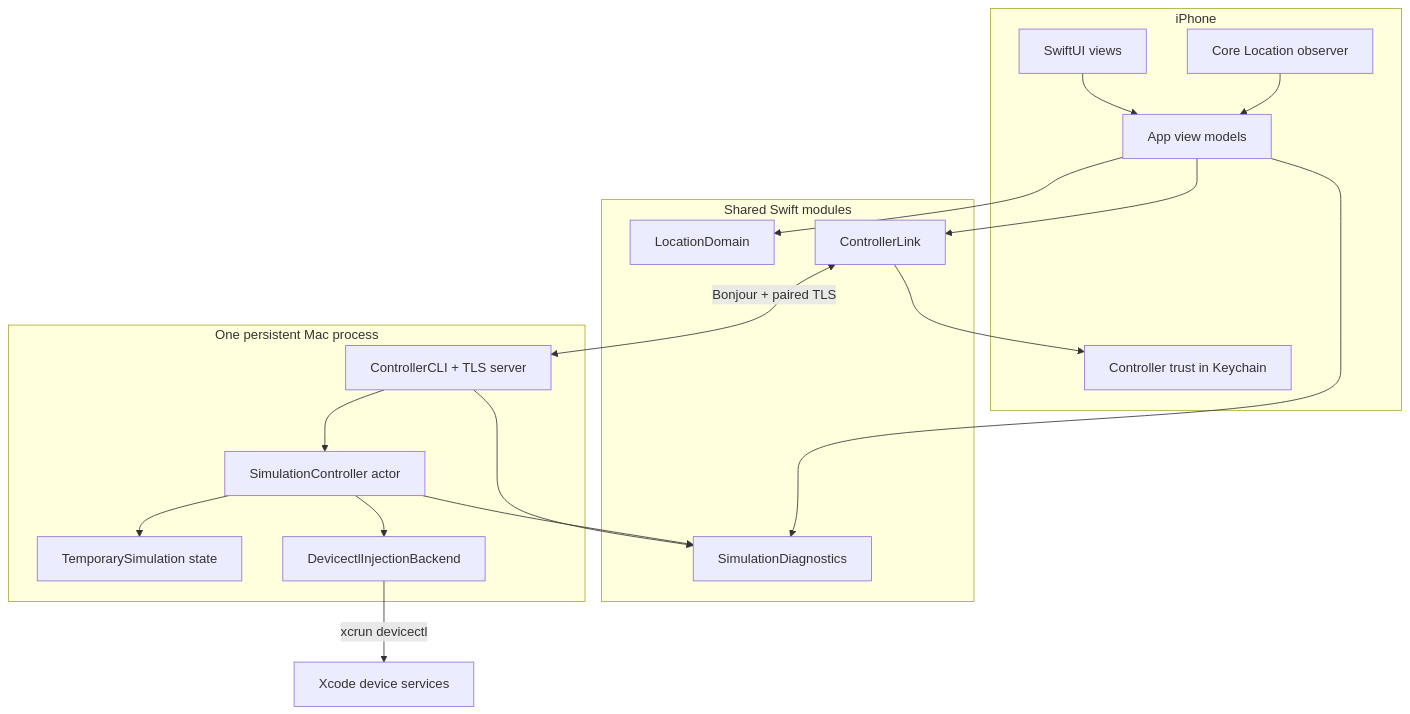
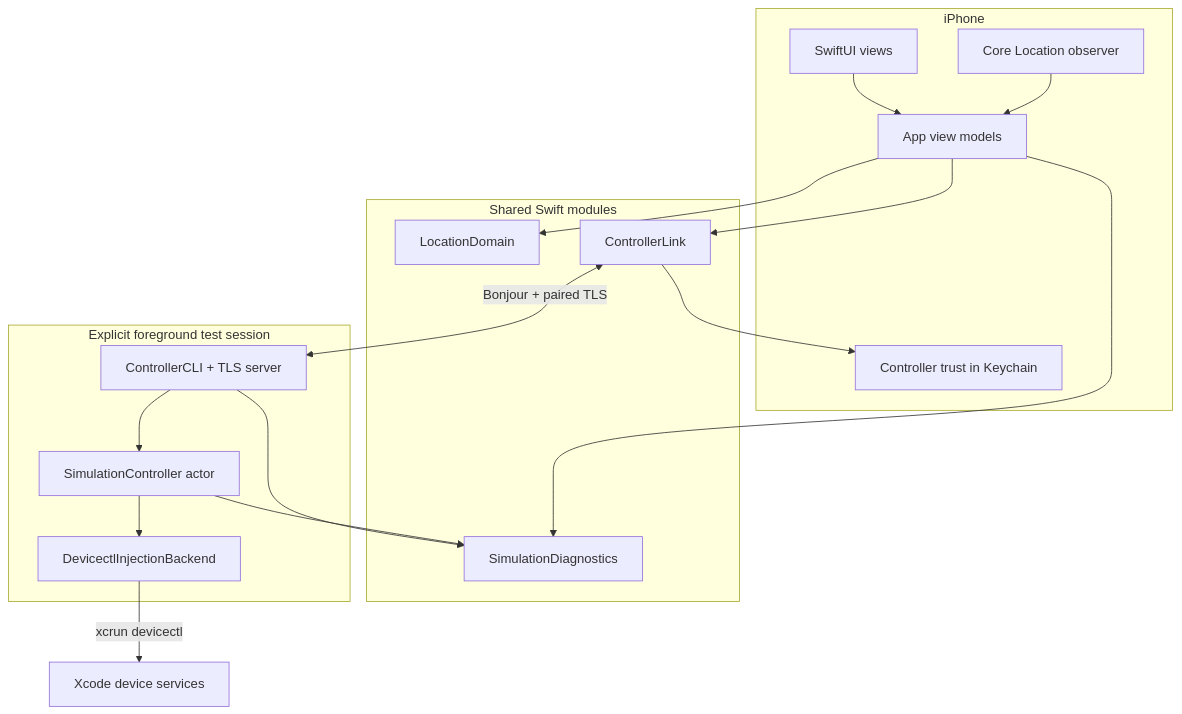
Before and after one commit to sayoriqwq/pinshift: the first of 2 diagrams in CODEBASE.md, drawn with Mermaid. The commit also changed other lines of this file and 44 other files, not shown here.

Commit message:
feat: use foreground three-minute simulation sessions

````diff
--- a/CODEBASE.md
+++ b/CODEBASE.md
@@ -8,36 +8,34 @@
 ```mermaid
 flowchart TB
   subgraph iOS["iPhone"]
     UI["SwiftUI views"]
     VM["App view models"]
     OBS["Core Location observer"]
     TRUST["Controller trust in Keychain"]
   end
 
   subgraph Shared["Shared Swift modules"]
     DOMAIN["LocationDomain"]
     LINK["ControllerLink"]
     DIAG["SimulationDiagnostics"]
   end
 
-  subgraph macOS["One persistent Mac process"]
+  subgraph macOS["Explicit foreground test session"]
     CLI["ControllerCLI + TLS server"]
     CTRL["SimulationController actor"]
-    STORE["TemporarySimulation state"]
     BACKEND["DevicectlInjectionBackend"]
   end
 
   UI --> VM
   VM --> DOMAIN
   VM --> LINK
   OBS --> VM
   LINK --> TRUST
   LINK <-->|"Bonjour + paired TLS"| CLI
   CLI --> CTRL
-  CTRL --> STORE
   CTRL --> BACKEND
   BACKEND -->|"xcrun devicectl"| PHONE["Xcode device services"]
   VM --> DIAG
   CLI --> DIAG
   CTRL --> DIAG
 ```
````
